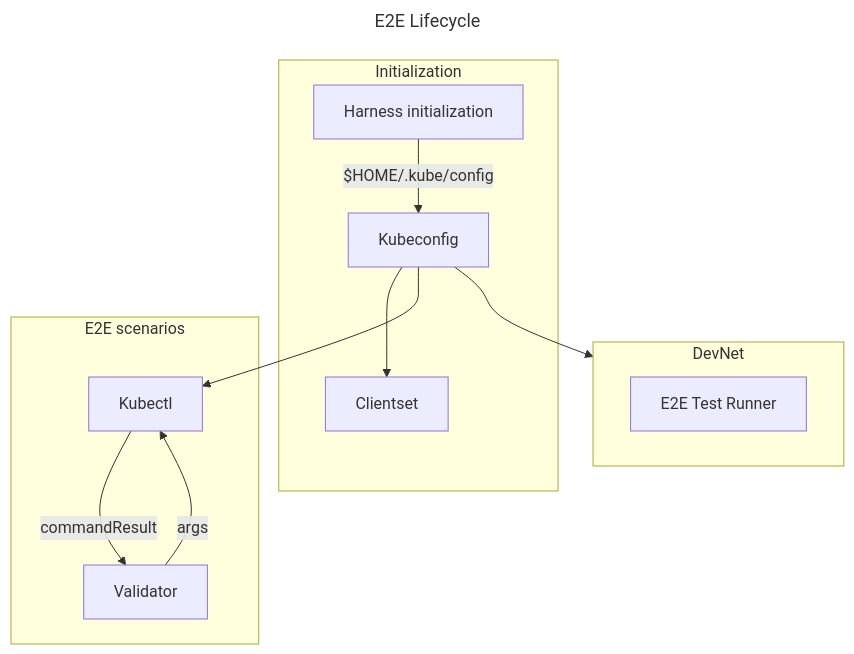
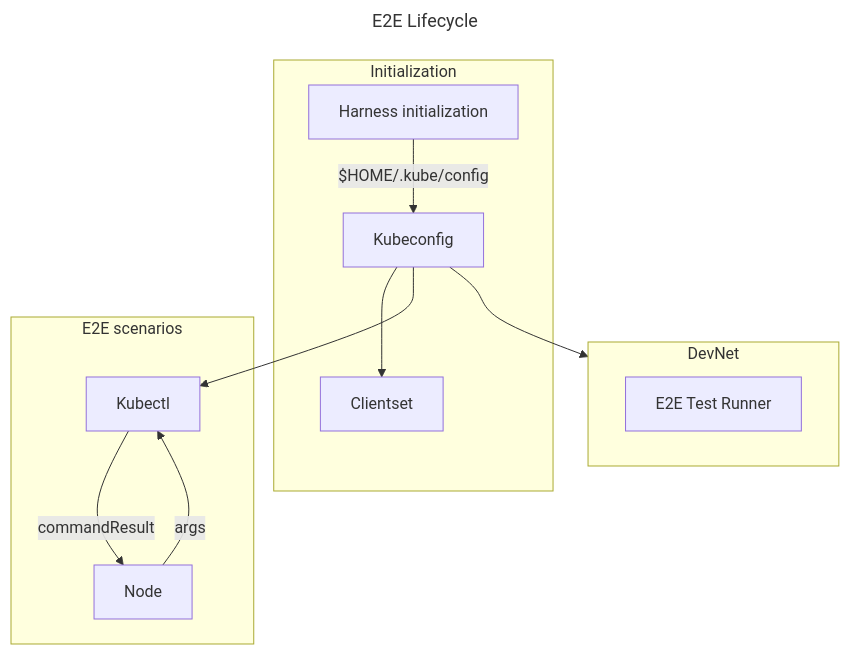
One commit to pokt-network/pocket changed the diagram in e2e/README.md. Above: the diagram before and after it, drawn with Mermaid. The commit also changed other lines of this file and 31 other files, not shown here.

````diff
--- a/e2e/README.md
+++ b/e2e/README.md
@@ -51,19 +52,19 @@
 ```mermaid
 ---
 title: E2E Lifecycle
 ---
 flowchart TD
     subgraph Init [Initialization]
         Harness[Harness initialization] --$HOME/.kube/config--> Kubeconfig
         Kubeconfig --> Clientset
     end
         Kubeconfig --> Kubectl
         Kubeconfig --> DevNet
     subgraph E2E [E2E scenarios]
-        Kubectl -- commandResult --> Validator
-        Validator -- args --> Kubectl
+        Kubectl -- commandResult --> Node
+        Node -- args --> Kubectl
     end
     subgraph DevNet [DevNet]
         Runner[E2E Test Runner]
     end
 ```
````
